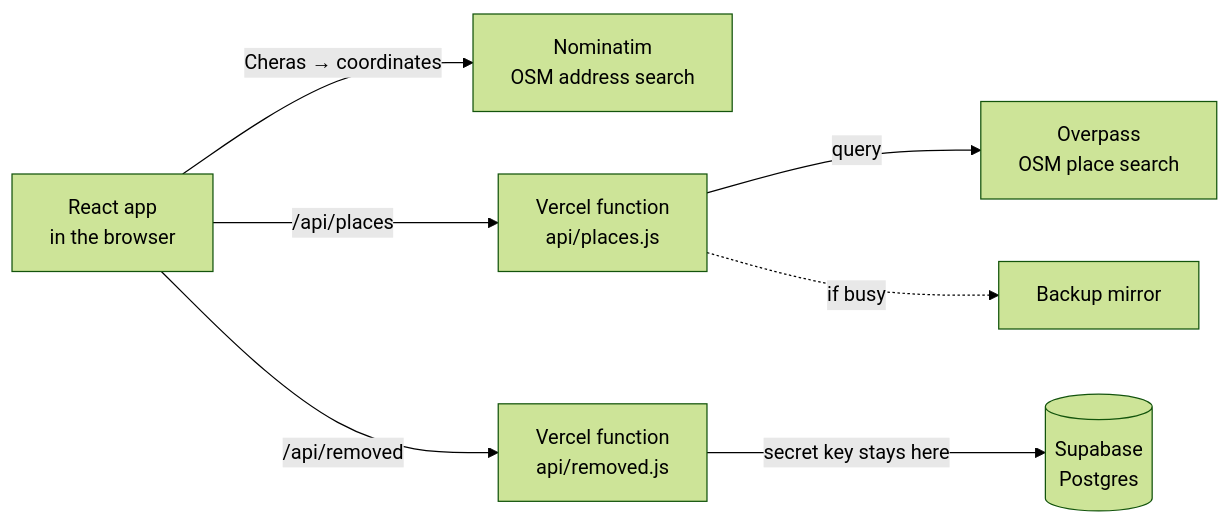
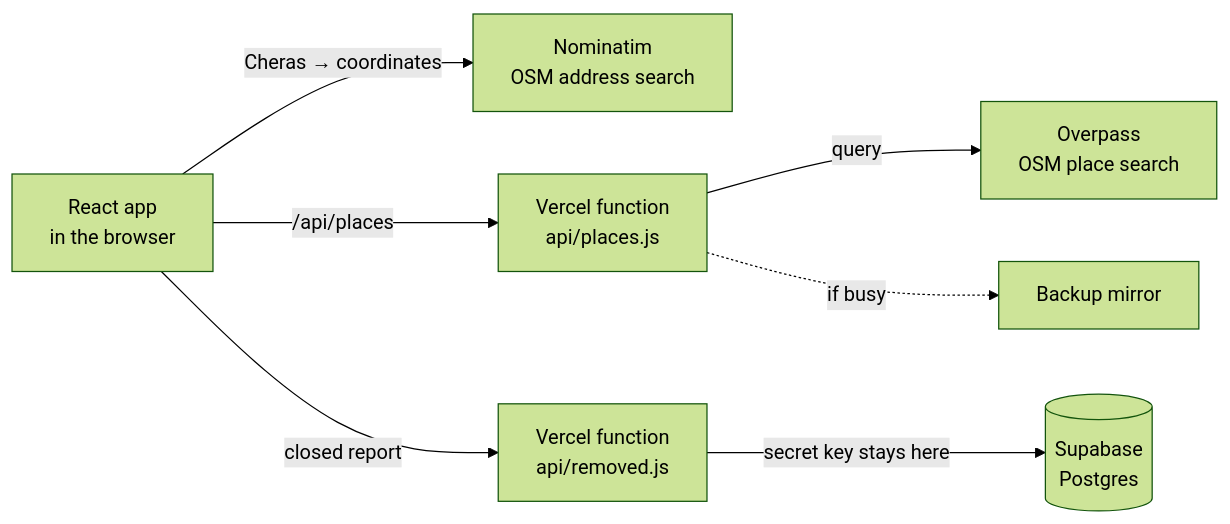
Before and after one commit to jimmyytai0619/makan-picker: the diagram in README.md, drawn with Mermaid (forest theme). The commit also changed other lines of this file and 11 other files, not shown here.

````diff
--- a/README.md
+++ b/README.md
@@ -37,9 +37,9 @@
 ```mermaid
 flowchart LR
   A[React app<br/>in the browser] -->|"Cheras" → coordinates| N[Nominatim<br/>OSM address search]
   A -->|/api/places| P[Vercel function<br/>api/places.js]
   P -->|query| O[Overpass<br/>OSM place search]
   P -.->|if busy| M[Backup mirror]
-  A -->|/api/removed| R[Vercel function<br/>api/removed.js]
+  A -->|"closed" report| R[Vercel function<br/>api/removed.js]
   R -->|secret key stays here| S[(Supabase<br/>Postgres)]
 ```
````
